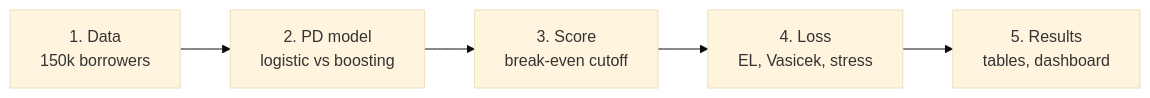
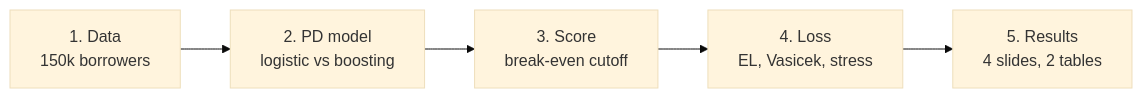
The diagram in README.md (aldo02032004/credit-risk-model), drawn with Mermaid (base theme) before and after one commit. The commit also changed other lines of this file and 2 other files, not shown here.

Commit message:
Unify wording in notebook and sync README with current results

````diff
--- a/README.md
+++ b/README.md
@@ -19,7 +19,7 @@
 ```mermaid
 flowchart LR
     A["1. Data<br/>150k borrowers"] --> B["2. PD model<br/>logistic vs boosting"]
     B --> C["3. Score<br/>break-even cutoff"]
     C --> D["4. Loss<br/>EL, Vasicek, stress"]
-    D --> E["5. Results<br/>tables, dashboard"]
+    D --> E["5. Results<br/>4 slides, 2 tables"]
 ```
````
